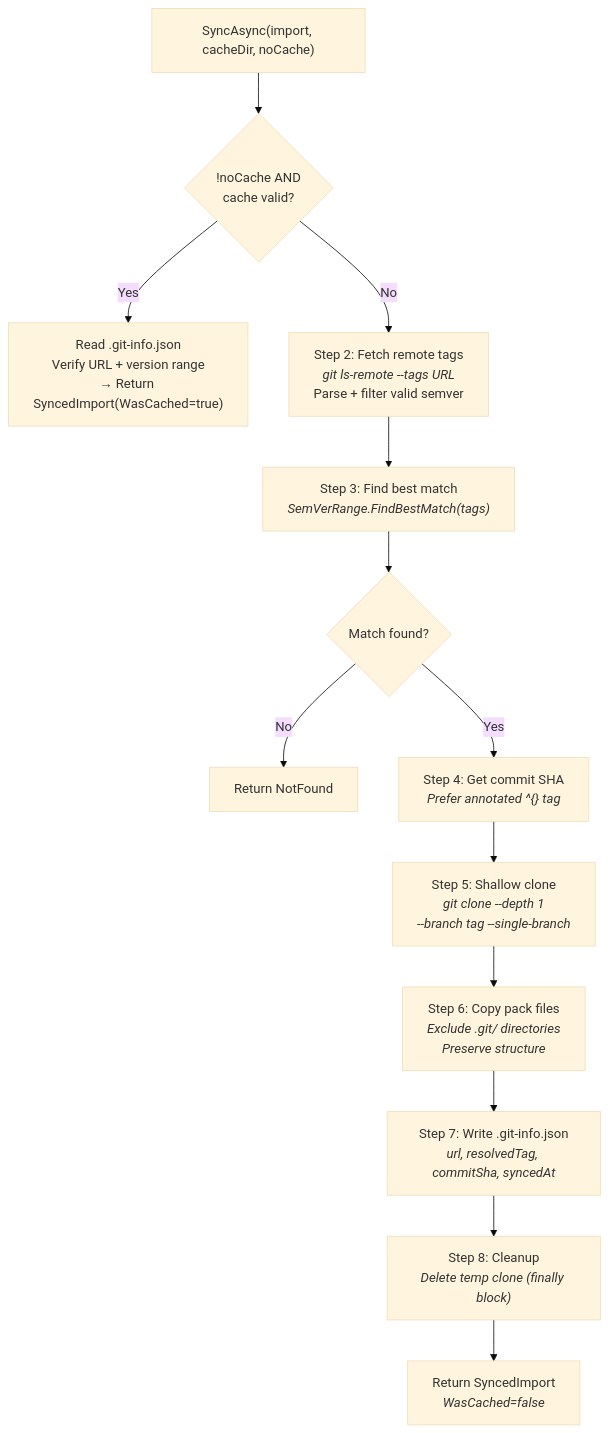
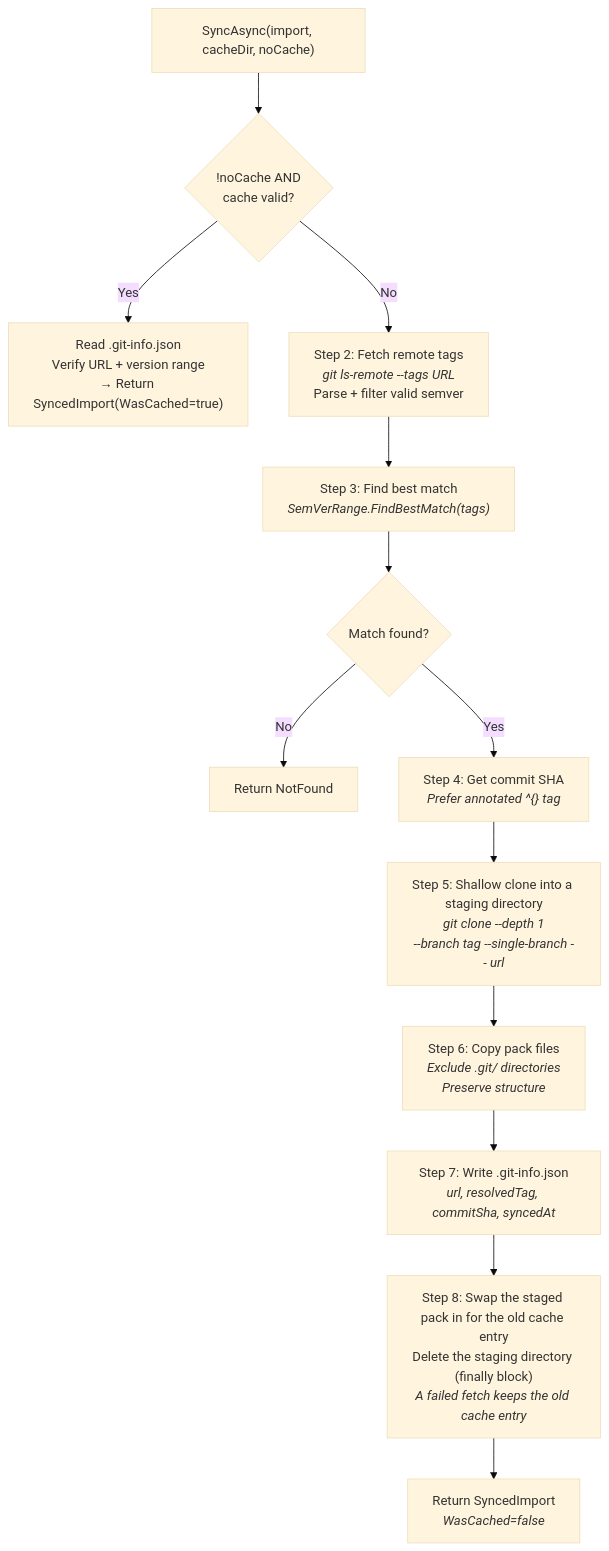
One commit to MarcelRoozekrans/Ariadne.NET changed the second of 2 diagrams in docs/how-it-works/09-git-sync.md. Above: the diagram before and after it, drawn with Mermaid (base theme). The commit also changed other lines of this file and 13 other files, not shown here.

````diff
--- a/docs/how-it-works/09-git-sync.md
+++ b/docs/how-it-works/09-git-sync.md
@@ -91,15 +92,15 @@
 ```mermaid
 flowchart TD
     A["SyncAsync(import, cacheDir, noCache)"] --> B{"!noCache AND<br/>cache valid?"}
     B -->|Yes| C["Read .git-info.json<br/>Verify URL + version range<br/>→ Return SyncedImport(WasCached=true)"]
     B -->|No| D["Step 2: Fetch remote tags<br/><i>git ls-remote --tags URL</i><br/>Parse + filter valid semver"]
     D --> E["Step 3: Find best match<br/><i>SemVerRange.FindBestMatch(tags)</i>"]
     E --> F{"Match found?"}
     F -->|No| G["Return NotFound"]
     F -->|Yes| H["Step 4: Get commit SHA<br/><i>Prefer annotated ^{} tag</i>"]
-    H --> I["Step 5: Shallow clone<br/><i>git clone --depth 1<br/>--branch tag --single-branch</i>"]
+    H --> I["Step 5: Shallow clone into a staging directory<br/><i>git clone --depth 1<br/>--branch tag --single-branch -- url</i>"]
     I --> J["Step 6: Copy pack files<br/><i>Exclude .git/ directories<br/>Preserve structure</i>"]
     J --> K["Step 7: Write .git-info.json<br/><i>url, resolvedTag, commitSha, syncedAt</i>"]
-    K --> L["Step 8: Cleanup<br/><i>Delete temp clone (finally block)</i>"]
+    K --> L["Step 8: Swap the staged pack in for the old cache entry<br/>Delete the staging directory (finally block)<br/><i>A failed fetch keeps the old cache entry</i>"]
     L --> M["Return SyncedImport<br/><i>WasCached=false</i>"]
 ```
````
